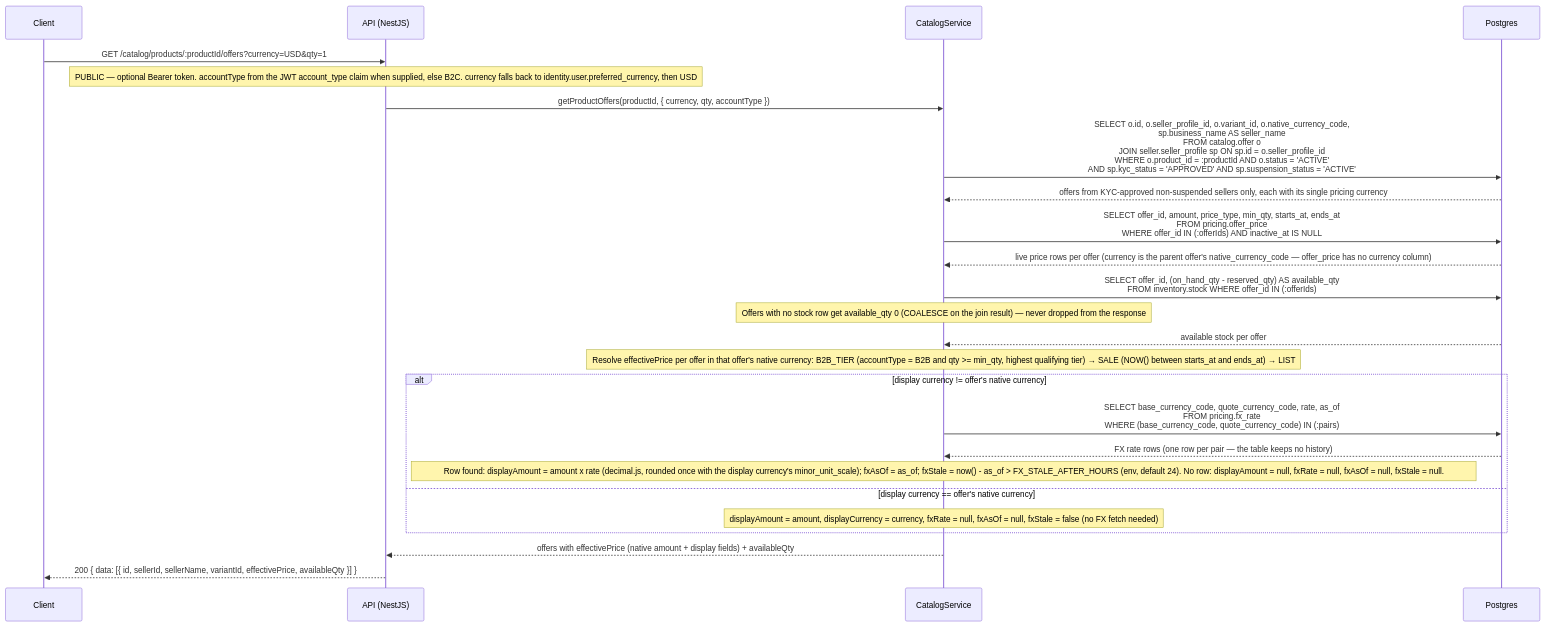
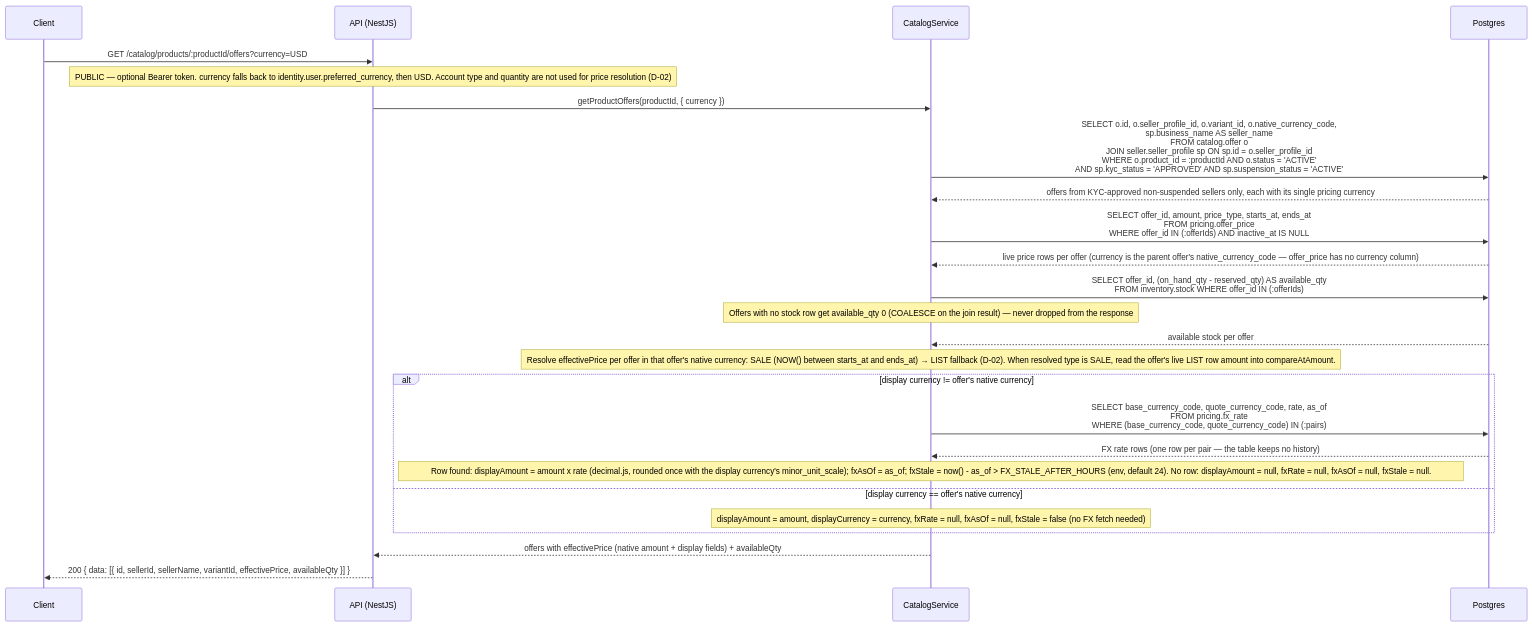
The fifth of 5 diagrams in phase-1/technical-design/api-design/catalog.md (alisa-uthi/aliceut-ecom-document), drawn with Mermaid before and after one commit. The commit also changed other lines of this file and 52 other files, not shown here.

````diff
--- a/phase-1/technical-design/api-design/catalog.md
+++ b/phase-1/technical-design/api-design/catalog.md
@@ -327,28 +324,28 @@
 ```mermaid
 sequenceDiagram
     participant Client
     participant API as API (NestJS)
     participant CatalogService
     participant Postgres
 
-    Client->>API: GET /catalog/products/:productId/offers?currency=USD&qty=1
-    Note over API: PUBLIC — optional Bearer token. accountType from the JWT account_type claim when supplied, else B2C. currency falls back to identity.user.preferred_currency, then USD
-    API->>CatalogService: getProductOffers(productId, { currency, qty, accountType })
+    Client->>API: GET /catalog/products/:productId/offers?currency=USD
+    Note over API: PUBLIC — optional Bearer token. currency falls back to identity.user.preferred_currency, then USD. Account type and quantity are not used for price resolution (D-02)
+    API->>CatalogService: getProductOffers(productId, { currency })
     CatalogService->>Postgres: SELECT o.id, o.seller_profile_id, o.variant_id, o.native_currency_code,<br/>sp.business_name AS seller_name<br/>FROM catalog.offer o<br/>JOIN seller.seller_profile sp ON sp.id = o.seller_profile_id<br/>WHERE o.product_id = :productId AND o.status = 'ACTIVE'<br/>AND sp.kyc_status = 'APPROVED' AND sp.suspension_status = 'ACTIVE'
     Postgres-->>CatalogService: offers from KYC-approved non-suspended sellers only, each with its single pricing currency
-    CatalogService->>Postgres: SELECT offer_id, amount, price_type, min_qty, starts_at, ends_at<br/>FROM pricing.offer_price<br/>WHERE offer_id IN (:offerIds) AND inactive_at IS NULL
+    CatalogService->>Postgres: SELECT offer_id, amount, price_type, starts_at, ends_at<br/>FROM pricing.offer_price<br/>WHERE offer_id IN (:offerIds) AND inactive_at IS NULL
     Postgres-->>CatalogService: live price rows per offer (currency is the parent offer's native_currency_code — offer_price has no currency column)
     CatalogService->>Postgres: SELECT offer_id, (on_hand_qty - reserved_qty) AS available_qty<br/>FROM inventory.stock WHERE offer_id IN (:offerIds)
     Note over CatalogService: Offers with no stock row get available_qty 0 (COALESCE on the join result) — never dropped from the response
     Postgres-->>CatalogService: available stock per offer
-    Note over CatalogService: Resolve effectivePrice per offer in that offer's native currency: B2B_TIER (accountType = B2B and qty >= min_qty, highest qualifying tier) → SALE (NOW() between starts_at and ends_at) → LIST
+    Note over CatalogService: Resolve effectivePrice per offer in that offer's native currency: SALE (NOW() between starts_at and ends_at) → LIST fallback (D-02). When resolved type is SALE, read the offer's live LIST row amount into compareAtAmount.
     alt display currency != offer's native currency
         CatalogService->>Postgres: SELECT base_currency_code, quote_currency_code, rate, as_of<br/>FROM pricing.fx_rate<br/>WHERE (base_currency_code, quote_currency_code) IN (:pairs)
         Postgres-->>CatalogService: FX rate rows (one row per pair — the table keeps no history)
         Note over CatalogService: Row found: displayAmount = amount x rate (decimal.js, rounded once with the display currency's minor_unit_scale)#59; fxAsOf = as_of#59; fxStale = now() - as_of > FX_STALE_AFTER_HOURS (env, default 24). No row: displayAmount = null, fxRate = null, fxAsOf = null, fxStale = null.
     else display currency == offer's native currency
         Note over CatalogService: displayAmount = amount, displayCurrency = currency, fxRate = null, fxAsOf = null, fxStale = false (no FX fetch needed)
     end
     CatalogService-->>API: offers with effectivePrice (native amount + display fields) + availableQty
     API-->>Client: 200 { data: [{ id, sellerId, sellerName, variantId, effectivePrice, availableQty }] }
 ```
````
